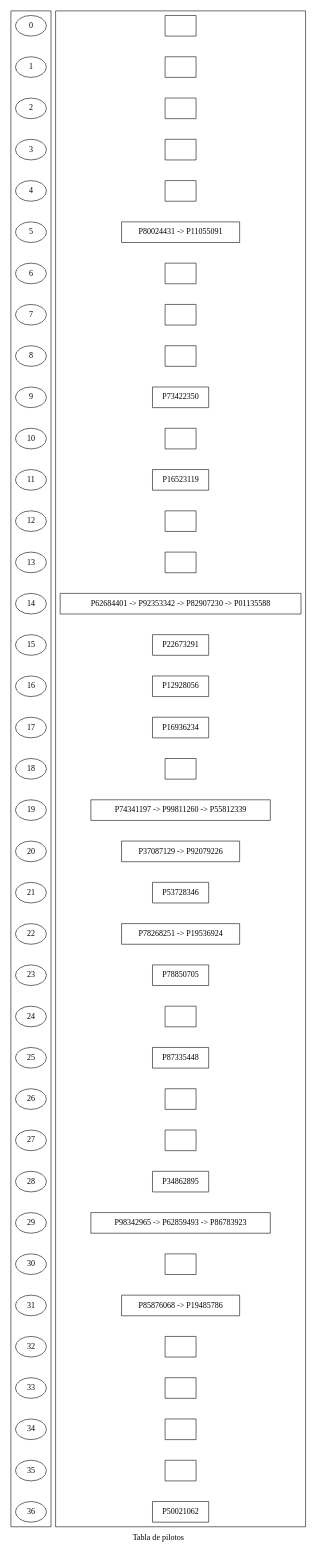
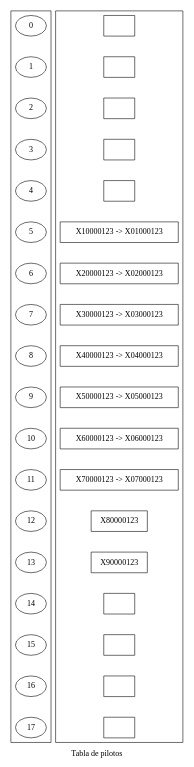
Before and after one commit to MarvinCastellanos/201700490_EDD_Proyecto: the diagram in dot/tablaPilotos.dot, drawn with Graphviz. The commit also changed 21 other files, not shown here.

```diff
--- a/dot/tablaPilotos.dot
+++ b/dot/tablaPilotos.dot
@@ -1,9 +1,30 @@
 digraph G {
   label="Tabla de pilotos";
 
 subgraph cluster_0{
-label="";0->1->2->3->4->5->6->7->8->9->10->11->12->13->14->15->16->17->18->19->20->21->22->23->24->25->26->27->28->29->30->31->32->33->34->35->36[style=invis];
+label="";0->1->2->3->4->5->6->7->8->9->10->11->12->13->14->15->16->17[style=invis];
 }
 
-subgraph cluster_1{label="";L0->L1->L2->L3->L4->L5->L6->L7->L8->L9->L10->L11->L12->L13->L14->L15->L16->L17->L18->L19->L20->L21->L22->L23->L24->L25->L26->L27->L28->L29->L30->L31->L32->L33->L34->L35->L36[style= invis];}
-L0[label="" shape=box];L1[label="" shape=box];L2[label="" shape=box];L3[label="" shape=box];L4[label="" shape=box];L5[label="P80024431 -> P11055091" shape=box];L6[label="" shape=box];L7[label="" shape=box];L8[label="" shape=box];L9[label="P73422350" shape=box];L10[label="" shape=box];L11[label="P16523119" shape=box];L12[label="" shape=box];L13[label="" shape=box];L14[label="P62684401 -> P92353342 -> P82907230 -> P01135588" shape=box];L15[label="P22673291" shape=box];L16[label="P12928056" shape=box];L17[label="P16936234" shape=box];L18[label="" shape=box];L19[label="P74341197 -> P99811260 -> P55812339" shape=box];L20[label="P37087129 -> P92079226" shape=box];L21[label="P53728346" shape=box];L22[label="P78268251 -> P19536924" shape=box];L23[label="P78850705" shape=box];L24[label="" shape=box];L25[label="P87335448" shape=box];L26[label="" shape=box];L27[label="" shape=box];L28[label="P34862895" shape=box];L29[label="P98342965 -> P62859493 -> P86783923" shape=box];L30[label="" shape=box];L31[label="P85876068 -> P19485786" shape=box];L32[label="" shape=box];L33[label="" shape=box];L34[label="" shape=box];L35[label="" shape=box];L36[label="P50021062" shape=box];}
+subgraph cluster_1{
+label="";L0->L1->L2->L3->L4->L5->L6->L7->L8->L9->L10->L11->L12->L13->L14->L15->L16->L17[style= invis];
+}
+
+L0[label="" shape=box];
+L1[label="" shape=box];
+L2[label="" shape=box];
+L3[label="" shape=box];
+L4[label="" shape=box];
+L5[label="X10000123 -> X01000123" shape=box];
+L6[label="X20000123 -> X02000123" shape=box];
+L7[label="X30000123 -> X03000123" shape=box];
+L8[label="X40000123 -> X04000123" shape=box];
+L9[label="X50000123 -> X05000123" shape=box];
+L10[label="X60000123 -> X06000123" shape=box];
+L11[label="X70000123 -> X07000123" shape=box];
+L12[label="X80000123" shape=box];
+L13[label="X90000123" shape=box];
+L14[label="" shape=box];
+L15[label="" shape=box];
+L16[label="" shape=box];
+L17[label="" shape=box];
+}
```
